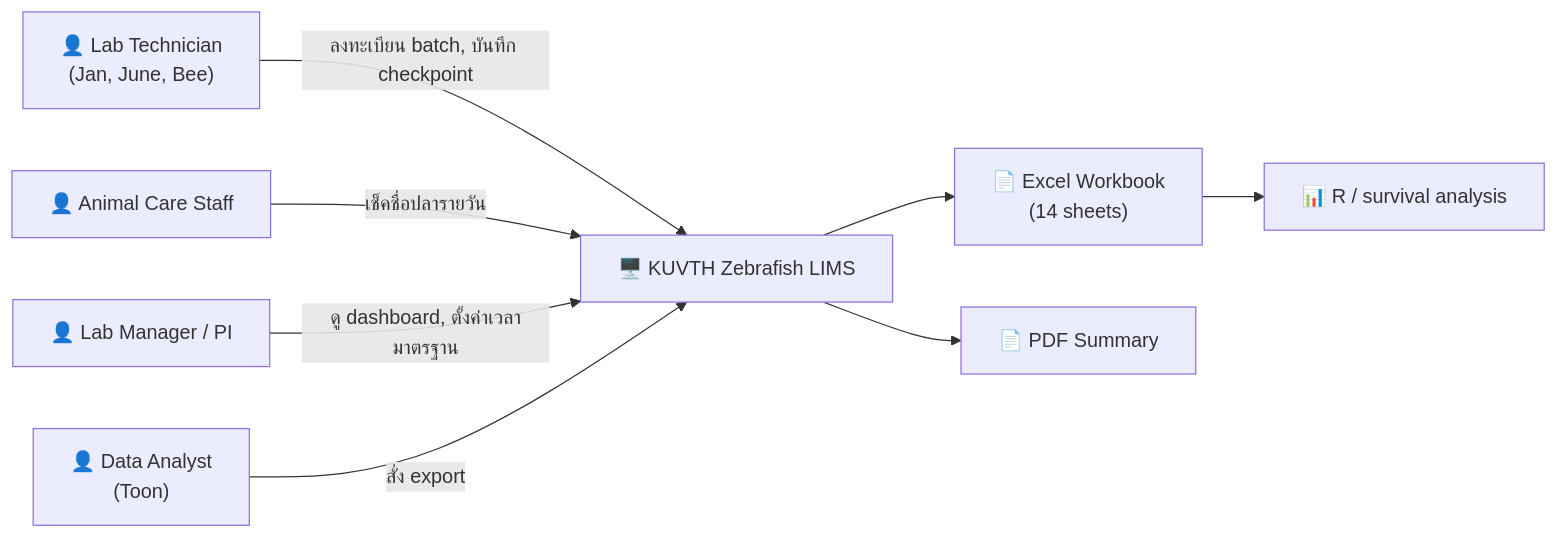
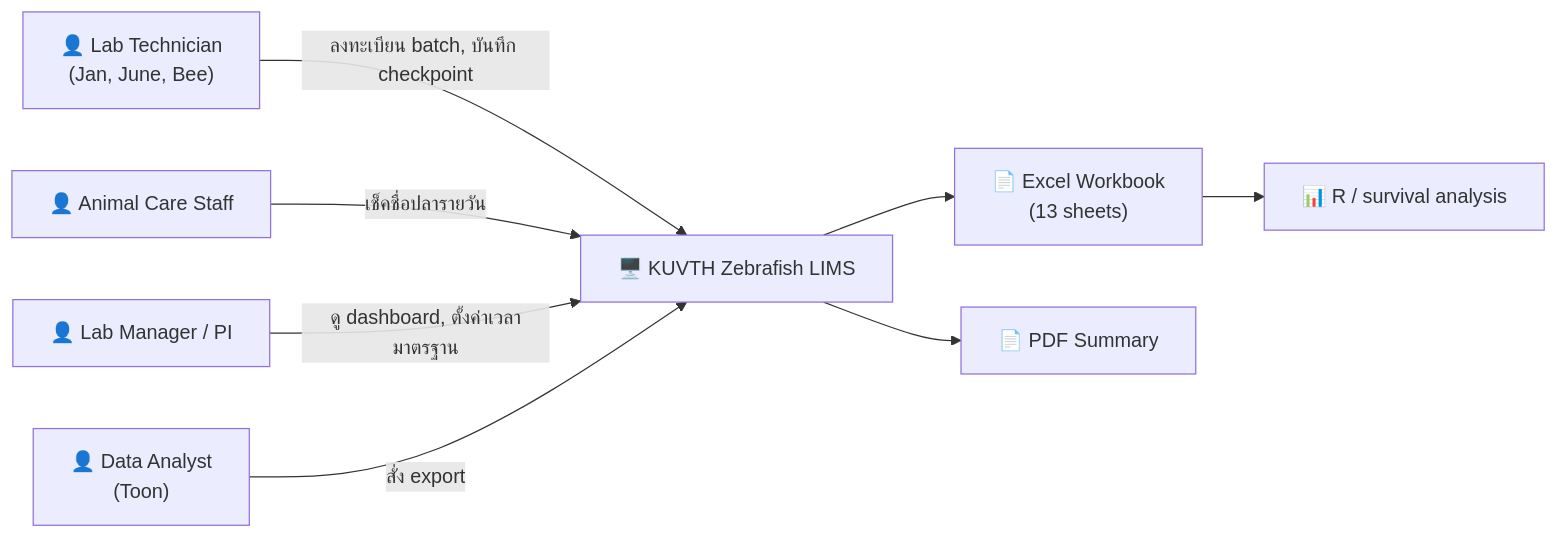
One commit to P-PrPas/KUVTH-Zebrafish-LIMS changed the first of 4 diagrams in docs/requirements/KUVTH_Zebrafish_LIMS_SRS.md. Above: the diagram before and after it, drawn with Mermaid. The commit also changed other lines of this file and 87 other files, not shown here.

````diff
--- a/docs/requirements/KUVTH_Zebrafish_LIMS_SRS.md
+++ b/docs/requirements/KUVTH_Zebrafish_LIMS_SRS.md
@@ -109,21 +108,21 @@
 ```mermaid
 graph LR
     OP["👤 Lab Technician<br/>(Jan, June, Bee)"]
     PI["👤 Lab Manager / PI"]
     AN["👤 Data Analyst<br/>(Toon)"]
     CARE["👤 Animal Care Staff"]
 
     SYS["🖥️ KUVTH Zebrafish LIMS"]
 
-    XL["📄 Excel Workbook<br/>(14 sheets)"]
+    XL["📄 Excel Workbook<br/>(13 sheets)"]
     PDF["📄 PDF Summary"]
     R["📊 R / survival analysis"]
 
     OP -->|"ลงทะเบียน batch, บันทึก checkpoint"| SYS
     CARE -->|"เช็คชื่อปลารายวัน"| SYS
     PI -->|"ดู dashboard, ตั้งค่าเวลามาตรฐาน"| SYS
     AN -->|"สั่ง export"| SYS
     SYS --> XL
     SYS --> PDF
     XL --> R
 ```
````
